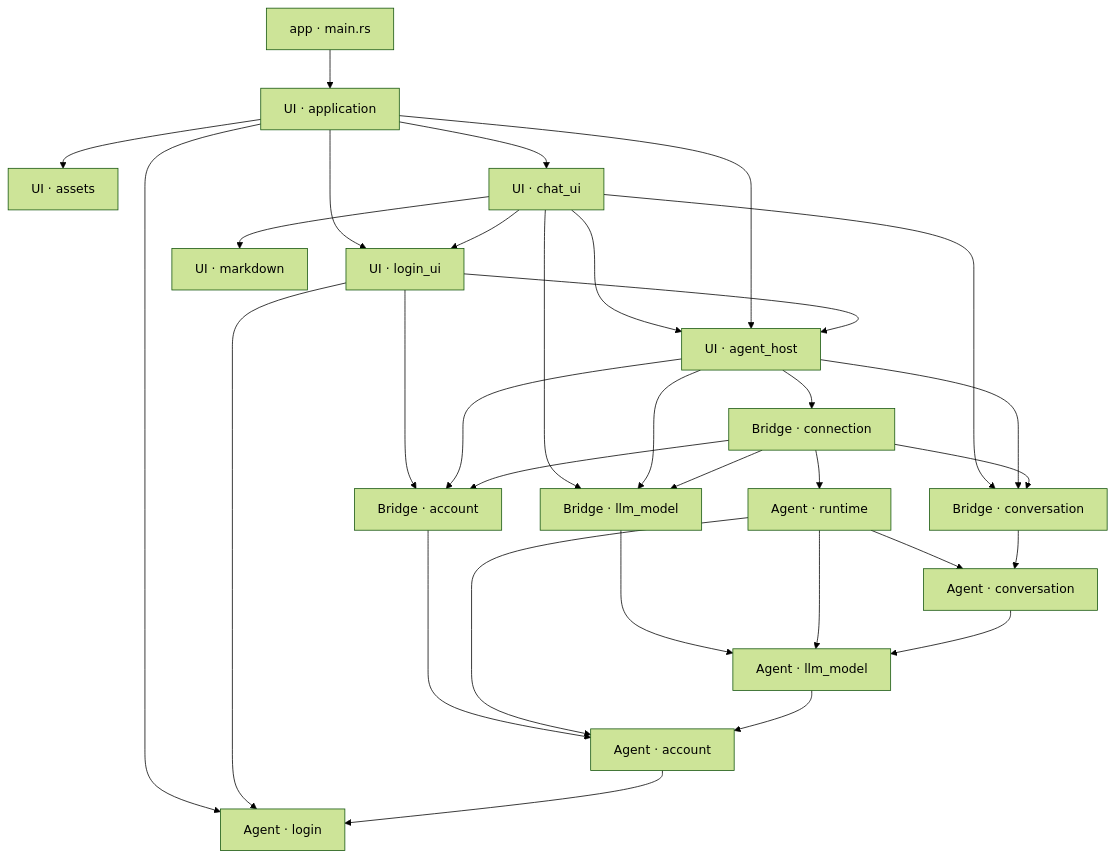
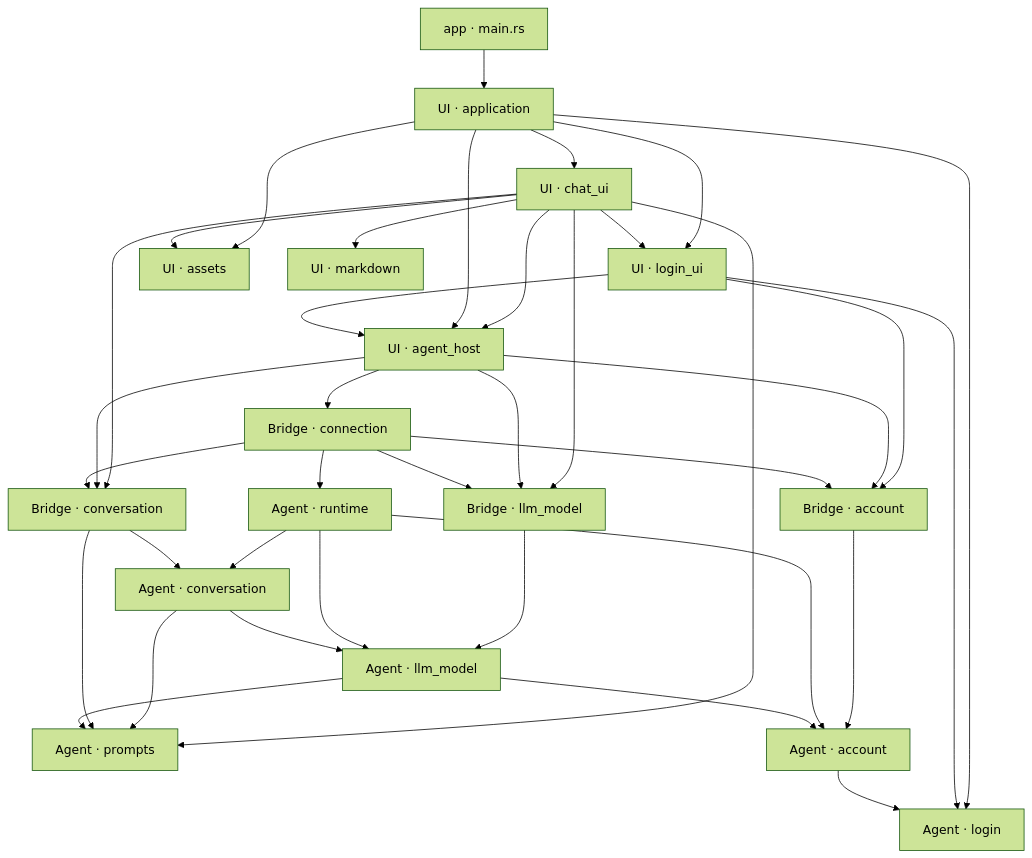
Before and after one commit to slc90/Agentelier: the first of 3 diagrams in docs/design/architecture.md, drawn with Mermaid (forest theme). The commit also changed other lines of this file and 28 other files, not shown here.

````diff
--- a/docs/design/architecture.md
+++ b/docs/design/architecture.md
@@ -29,34 +30,39 @@
 ```mermaid
 flowchart TD
     Entry["app · main.rs"] --> App["UI · application"]
     App --> UI["UI · login_ui"]
     App --> Assets["UI · assets"]
     App --> Login["Agent · login"]
     UI --> Login
     App --> ChatUI["UI · chat_ui"]
     ChatUI --> Markdown["UI · markdown"]
     ChatUI --> UI
     ChatUI --> Host
     App --> Host["UI · agent_host"]
     UI --> Host
     Host --> Connection["Bridge · connection"]
     UI --> AccountBridge["Bridge · account"]
     ChatUI --> ModelBridge["Bridge · llm_model"]
     ChatUI --> ConversationBridge["Bridge · conversation"]
+    ChatUI --> Prompts["Agent · prompts"]
+    ChatUI --> Assets
     Host --> AccountBridge
     Host --> ModelBridge
     Host --> ConversationBridge
     Connection --> Runtime["Agent · runtime"]
     Connection --> AccountBridge
     Connection --> ModelBridge
     Connection --> ConversationBridge
     AccountBridge --> Account["Agent · account"]
     ModelBridge --> Model["Agent · llm_model"]
     Runtime --> Account
     Runtime --> Model
     Runtime --> Conversation["Agent · conversation"]
     Conversation --> Model
+    Conversation --> Prompts
     ConversationBridge --> Conversation
+    ConversationBridge --> Prompts
+    Model --> Prompts
     Model --> Account
     Account --> Login
 ```
````
